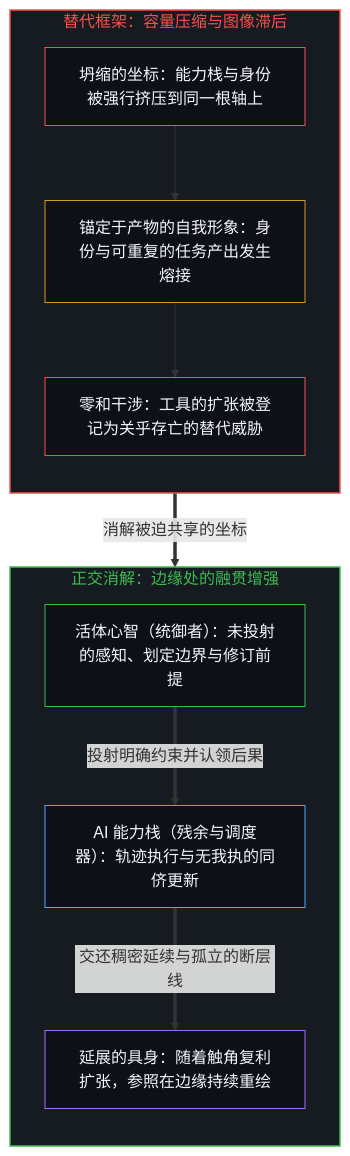
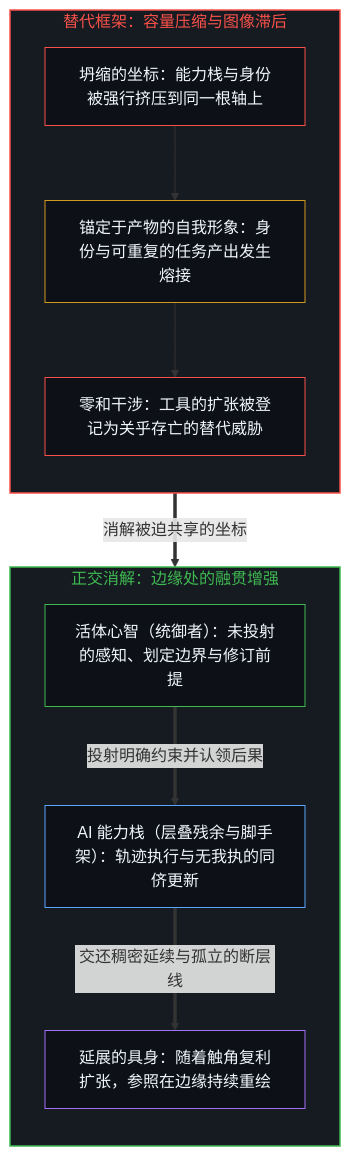
The first of 2 diagrams in content/posts/ai-as-augmentation.md (powerpig99/not-a-toe), drawn with Mermaid before and after one commit. The commit also changed other lines of this file and 12 other files, not shown here.

````diff
--- a/content/posts/ai-as-augmentation.md
+++ b/content/posts/ai-as-augmentation.md
@@ -55,30 +55,30 @@
 ```mermaid
 flowchart TD
     subgraph S_Collapse["替代框架：容量压缩与图像滞后"]
         direction TB
         Fuse["坍缩的坐标：能力栈与身份被强行挤压到同一根轴上"]
         Anchor["锚定于产物的自我形象：身份与可重复的任务产出发生熔接"]
         Threat["零和干涉：工具的扩张被登记为关乎存亡的替代威胁"]
         Fuse --> Anchor --> Threat
     end
 
     subgraph S_Augment["正交消解：边缘处的融贯增强"]
         direction TB
         Mind["活体心智（统御者）：未投射的感知、划定边界与修订前提"]
-        Stack["AI 能力栈（残余与调度器）：轨迹执行与无我执的同侪更新"]
+        Stack["AI 能力栈（层叠残余与脚手架）：轨迹执行与无我执的同侪更新"]
         Reach["延展的具身：随着触角复利扩张，参照在边缘持续重绘"]
         Mind ==>|"投射明确约束并认领后果"| Stack
         Stack ==>|"交还稠密延续与孤立的断层线"| Reach
     end
 
     Threat ==>|"消解被迫共享的坐标"| Mind
 
     style S_Collapse fill:#161b22,stroke:#f85149,stroke-width:1.5px,color:#f85149
     style S_Augment fill:#161b22,stroke:#3fb950,stroke-width:1.5px,color:#3fb950
     style Fuse fill:#0d1117,stroke:#f85149,stroke-width:1px,color:#f0f6fc
     style Anchor fill:#0d1117,stroke:#d29922,stroke-width:1px,color:#f0f6fc
     style Threat fill:#0d1117,stroke:#f85149,stroke-width:1px,color:#f0f6fc
     style Mind fill:#0d1117,stroke:#3fb950,stroke-width:1px,color:#f0f6fc
     style Stack fill:#0d1117,stroke:#58a6ff,stroke-width:1px,color:#f0f6fc
     style Reach fill:#0d1117,stroke:#a371f7,stroke-width:1px,color:#f0f6fc
 ```
````
